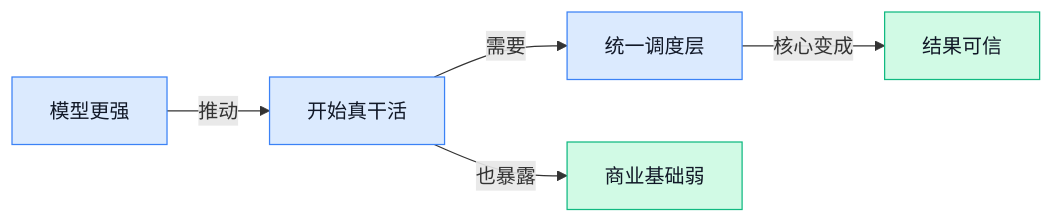
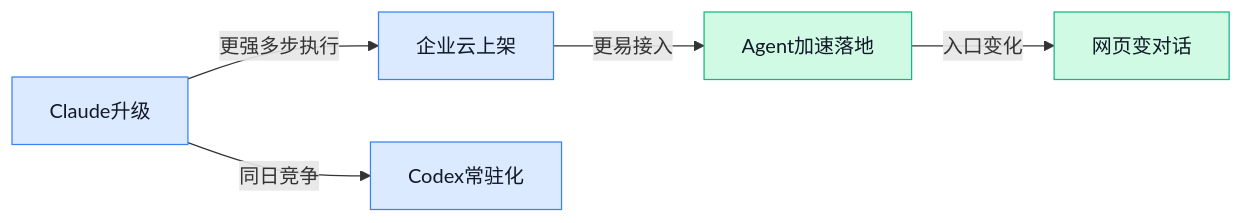
Before and after one commit to ylzsdafei/ai-daily-site: the diagram in content/cn/2026/2026-04/2026-04-17.md, drawn with Mermaid. The commit also changed other lines of this file and 4 other files, not shown here.

````diff
--- a/content/cn/2026/2026-04/2026-04-17.md
+++ b/content/cn/2026/2026-04/2026-04-17.md
@@ -111,11 +96,12 @@
 ```mermaid
 graph LR
-A[模型更强] -->|推动| B[开始真干活]
-B -->|需要| C[统一调度层]
-C -->|核心变成| D[结果可信]
-B -->|也暴露| E[商业基础弱]
+A[Claude升级] -->|更强多步执行| B[企业云上架]
+B -->|更易接入| C[Agent加速落地]
+A -->|同日竞争| D[Codex常驻化]
+C -->|入口变化| E[网页变对话]
+
 classDef blue fill:#dbeafe,stroke:#3b82f6,color:#111827
 classDef green fill:#d1fae5,stroke:#10b981,color:#111827
-class A,B,C blue
-class D,E green
+class A,B,D blue
+class C,E green
 ```
````
